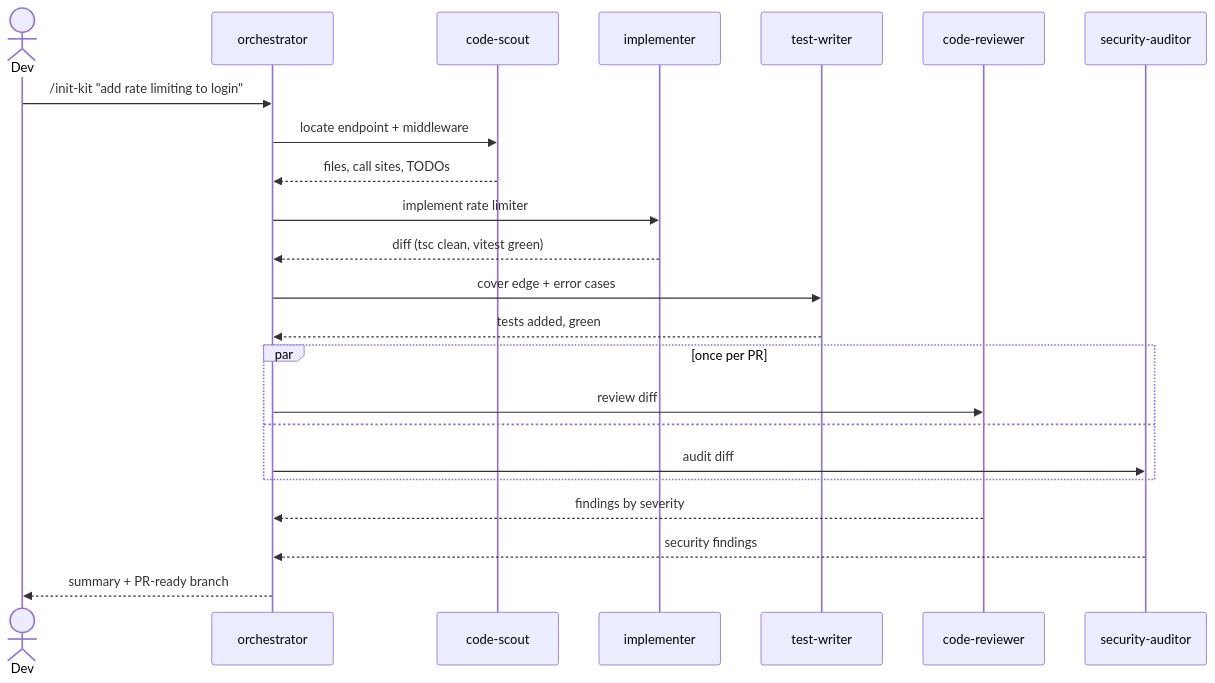
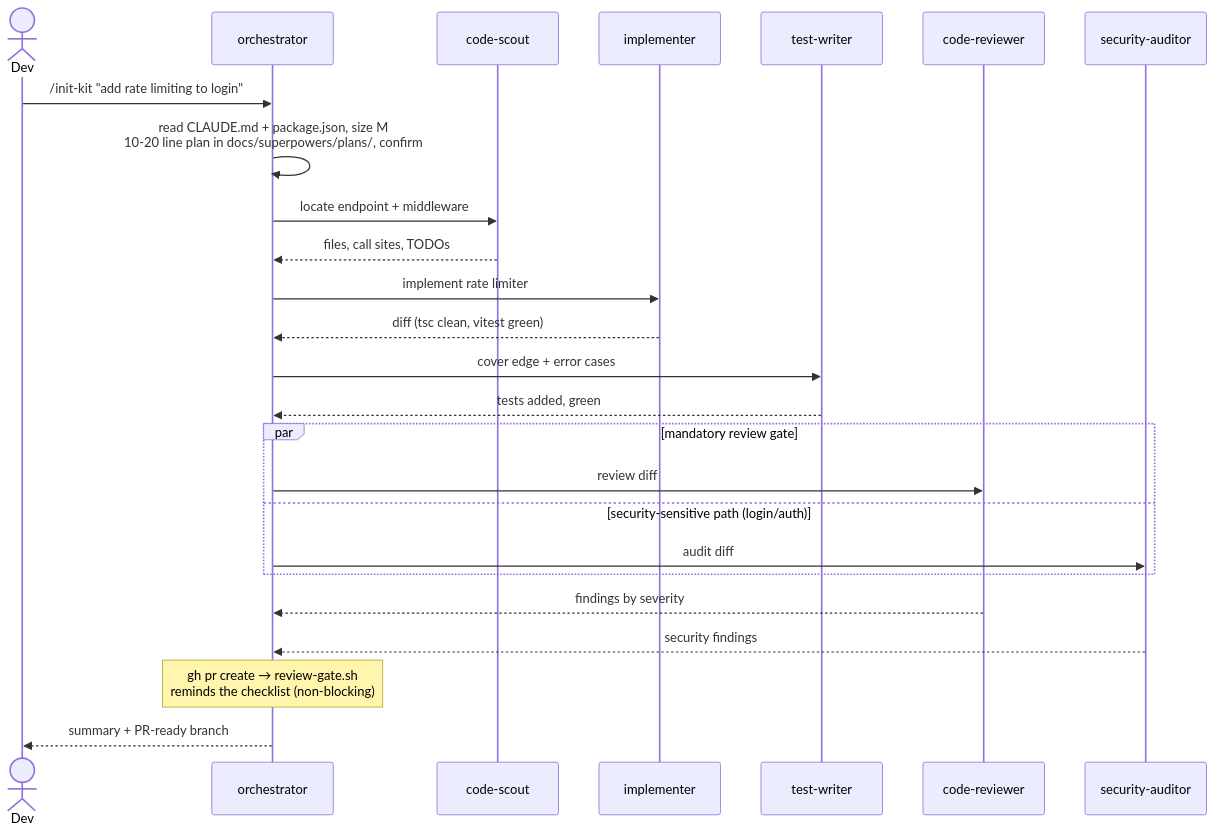
One commit to slenderman2511/AgentAutoKit changed the fourth of 6 diagrams in README.md. Above: the diagram before and after it, drawn with Mermaid. The commit also changed other lines of this file and 1 other file, not shown here.

````diff
--- a/README.md
+++ b/README.md
@@ -323,25 +380,27 @@
 ```mermaid
 sequenceDiagram
   actor Dev
   participant O as orchestrator
   participant S as code-scout
   participant I as implementer
   participant T as test-writer
   participant R as code-reviewer
   participant Sec as security-auditor
   Dev->>O: /init-kit "add rate limiting to login"
+  O->>O: read CLAUDE.md + package.json, size M<br/>10-20 line plan in docs/superpowers/plans/, confirm
   O->>S: locate endpoint + middleware
   S-->>O: files, call sites, TODOs
   O->>I: implement rate limiter
   I-->>O: diff (tsc clean, vitest green)
   O->>T: cover edge + error cases
   T-->>O: tests added, green
-  par once per PR
+  par mandatory review gate
     O->>R: review diff
-  and
+  and security-sensitive path (login/auth)
     O->>Sec: audit diff
   end
   R-->>O: findings by severity
   Sec-->>O: security findings
+  Note over O: gh pr create → review-gate.sh<br/>reminds the checklist (non-blocking)
   O-->>Dev: summary + PR-ready branch
 ```
````
